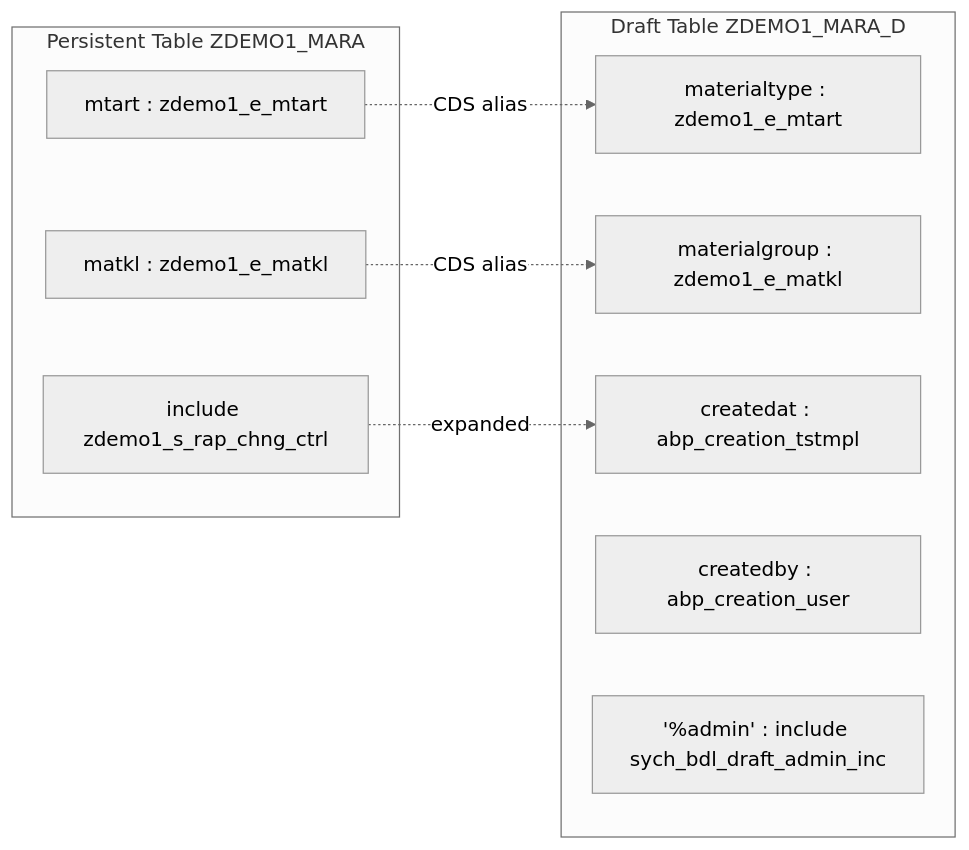
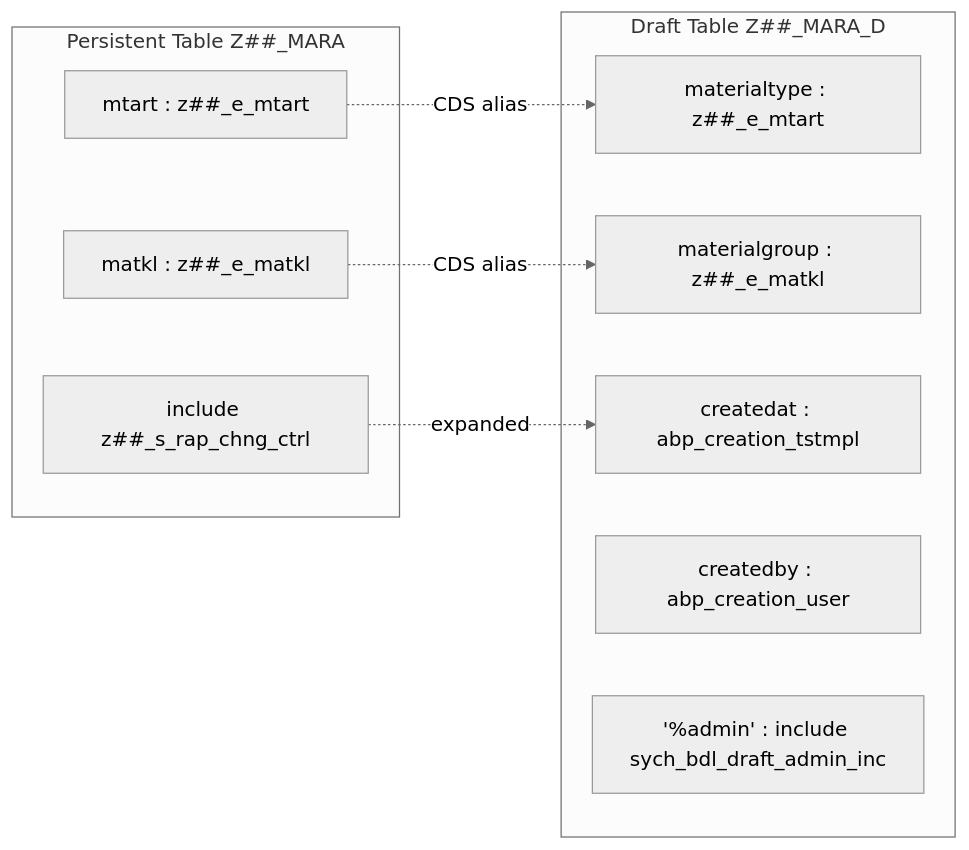
Before and after one commit to fr0ster/cloud-llm-hub: the sixth of 10 diagrams in docs/tutorials/rap-bo-creation.md, drawn with Mermaid (neutral theme). The commit also changed other lines of this file, not shown here.

Commit message:
docs: use Z##_ placeholders in RAP BO tutorial instead of concrete prefix

````diff
--- a/docs/tutorials/rap-bo-creation.md
+++ b/docs/tutorials/rap-bo-creation.md
@@ -291,20 +291,20 @@
 ```mermaid
 graph LR
-    subgraph "Persistent Table ZDEMO1_MARA"
-        P1[mtart : zdemo1_e_mtart]
-        P2[matkl : zdemo1_e_matkl]
-        P3["include zdemo1_s_rap_chng_ctrl"]
+    subgraph "Persistent Table Z##_MARA"
+        P1[mtart : z##_e_mtart]
+        P2[matkl : z##_e_matkl]
+        P3["include z##_s_rap_chng_ctrl"]
     end
 
-    subgraph "Draft Table ZDEMO1_MARA_D"
-        D1[materialtype : zdemo1_e_mtart]
-        D2[materialgroup : zdemo1_e_matkl]
+    subgraph "Draft Table Z##_MARA_D"
+        D1[materialtype : z##_e_mtart]
+        D2[materialgroup : z##_e_matkl]
         D3[createdat : abp_creation_tstmpl]
         D4[createdby : abp_creation_user]
         D5["'%admin' : include sych_bdl_draft_admin_inc"]
     end
 
     P1 -.->|"CDS alias"| D1
     P2 -.->|"CDS alias"| D2
     P3 -.->|"expanded"| D3
 ```
````
